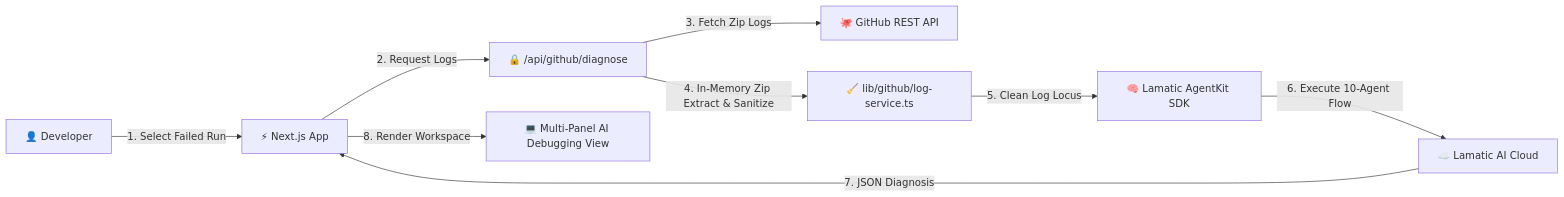
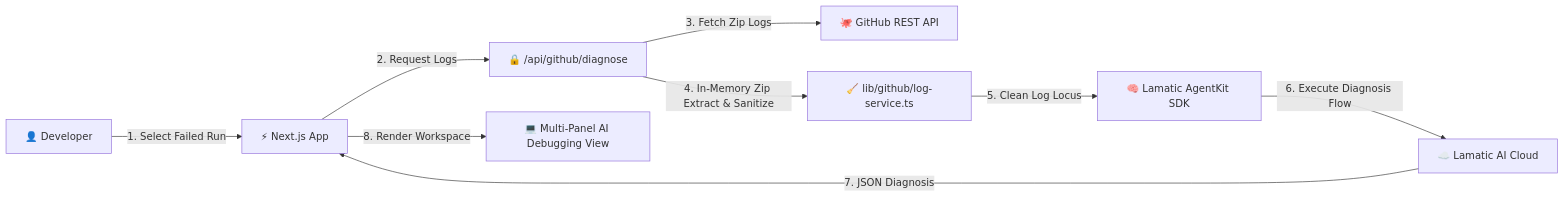
Before and after one commit to Lamatic/AgentKit: the diagram in kits/ci-cd-diagnosis-agent/docs/architecture-documentation.md, drawn with Mermaid. The commit also changed other lines of this file and 15 other files, not shown here.

Commit message:
fix(ci-cd-diagnosis-agent): resolve CodeRabbit review feedback across security, prompts, and docs

````diff
--- a/kits/ci-cd-diagnosis-agent/docs/architecture-documentation.md
+++ b/kits/ci-cd-diagnosis-agent/docs/architecture-documentation.md
@@ -11,11 +11,11 @@
 ```mermaid
 graph LR
     User["👤 Developer"] -->|1. Select Failed Run| Frontend["⚡ Next.js App"]
     Frontend -->|2. Request Logs| APIProxy["🔒 /api/github/diagnose"]
     APIProxy -->|3. Fetch Zip Logs| GitHub["🐙 GitHub REST API"]
     APIProxy -->|4. In-Memory Zip Extract & Sanitize| LogService["🧹 lib/github/log-service.ts"]
     LogService -->|5. Clean Log Locus| LamaticSDK["🧠 Lamatic AgentKit SDK"]
-    LamaticSDK -->|6. Execute 10-Agent Flow| LamaticCloud["☁️ Lamatic AI Cloud"]
+    LamaticSDK -->|6. Execute Diagnosis Flow| LamaticCloud["☁️ Lamatic AI Cloud"]
     LamaticCloud -->|7. JSON Diagnosis| Frontend
     Frontend -->|8. Render Workspace| UI["💻 Multi-Panel AI Debugging View"]
 ```
````
